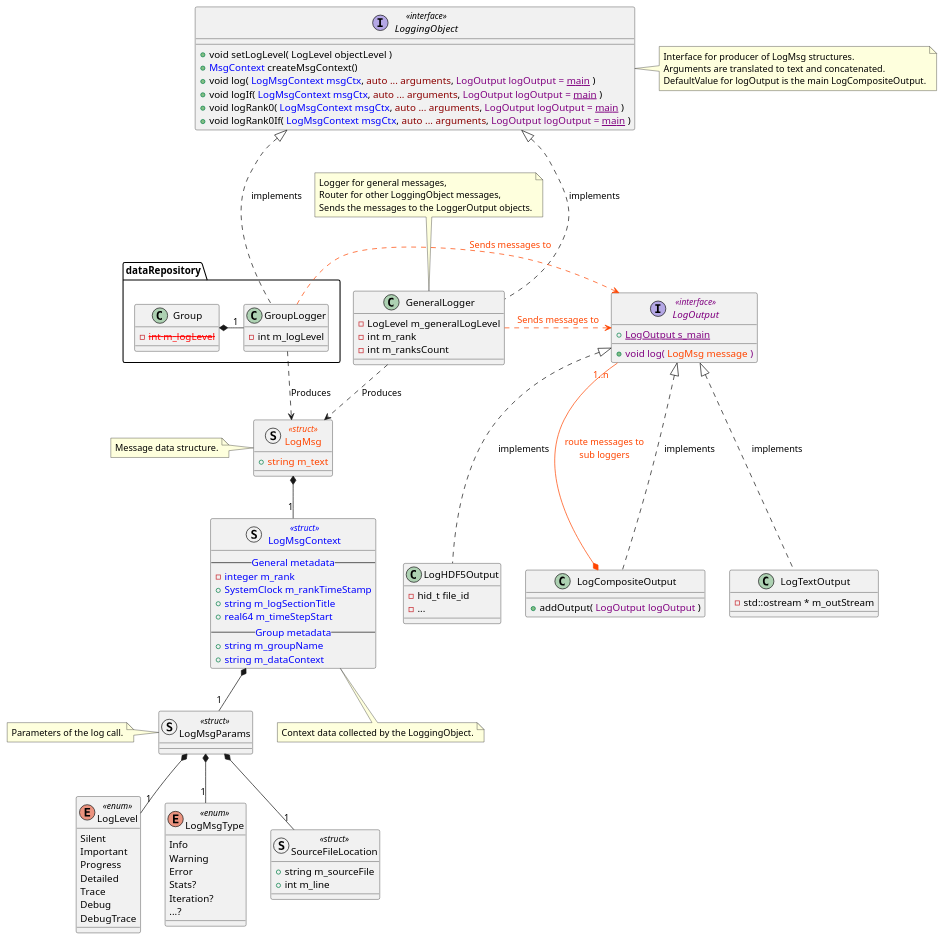
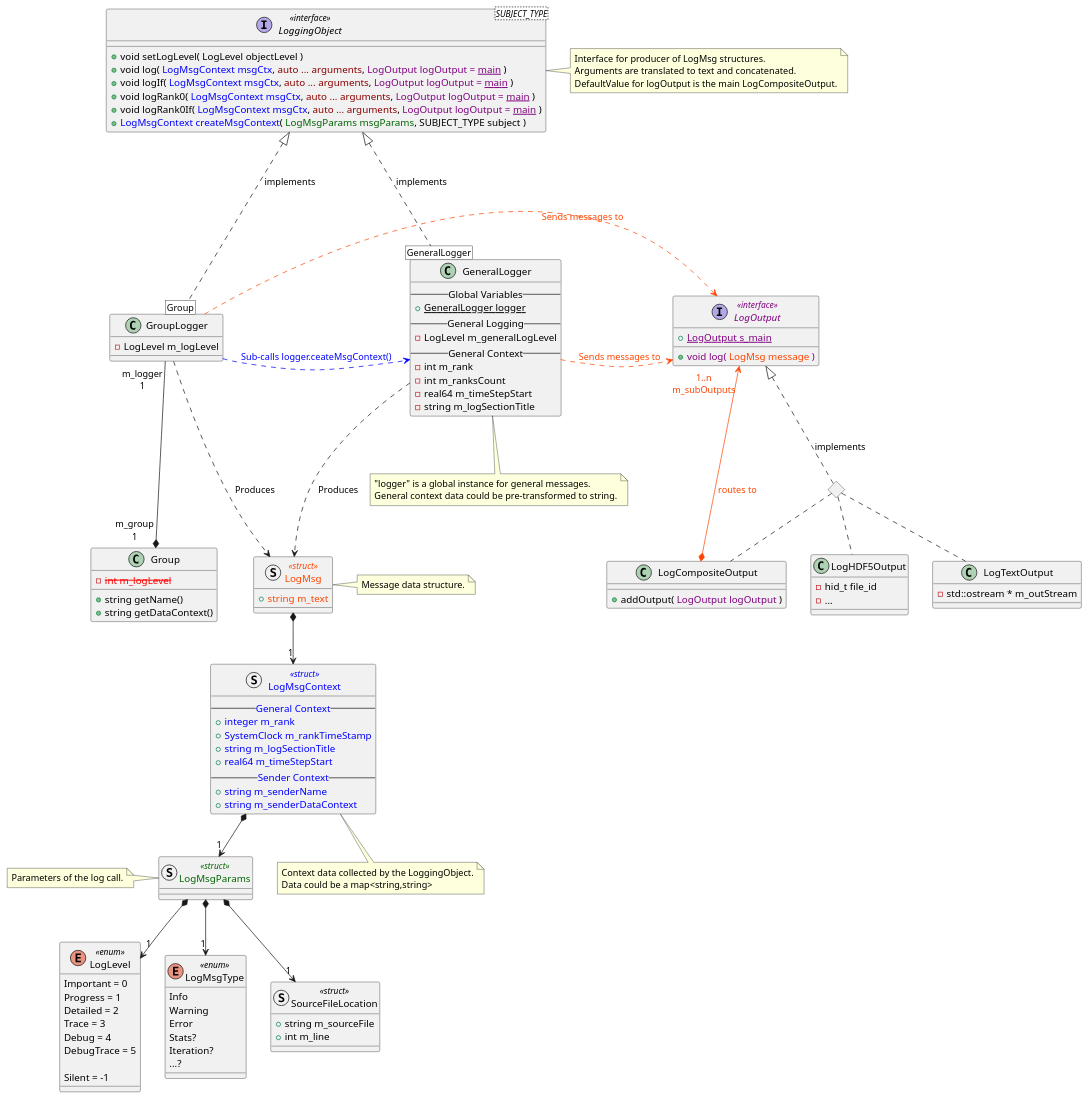
Before and after one commit to GEOS-DEV/GEOS: the diagram in src/coreComponents/common/Logger.plantuml, drawn with PlantUML. The commit also changed 2 other files, not shown here.

Commit message:
temporally fixing architecture misconceptions (joining png diagram for convenience)

```diff
--- a/src/coreComponents/common/Logger.plantuml
+++ b/src/coreComponents/common/Logger.plantuml
@@ -1,129 +1,142 @@
 @startuml Logger Class
 
 set namespaceSeparator ::
 
 
 ' Message Data Structure
 
 
 enum LogLevel <<enum>> {
-  Silent
-  Important
-  Progress
-  Detailed
-  Trace
-  Debug
-  DebugTrace
+  Important = 0
+  Progress = 1
+  Detailed = 2
+  Trace = 3
+  Debug = 4
+  DebugTrace = 5
+
+  Silent = -1
 }
 
 enum LogMsgType <<enum>> {
   Info
   Warning
   Error
   Stats?
   Iteration?
   ...?
 }
 
 struct SourceFileLocation <<struct>> {
   + string m_sourceFile
   + int m_line
 }
 
-struct LogMsgParams <<struct>> {
+struct LogMsgParams <<struct>> #text:DarkGreen {
 }
 note left: Parameters of the log call.
 
 struct LogMsgContext <<struct>> #text:Blue {
-  -- General metadata --
-  - integer m_rank
+  -- General Context --
+  + integer m_rank
   + SystemClock m_rankTimeStamp
   + string m_logSectionTitle
   + real64 m_timeStepStart
-  -- Group metadata --
-  + string m_groupName
-  + string m_dataContext
+  -- Sender Context --
+  + string m_senderName
+  + string m_senderDataContext
 }
-note bottom: Context data collected by the LoggingObject.
+note bottom: Context data collected by the LoggingObject.\nData could be a map<string,string>
 
 struct LogMsg <<struct>> #text:OrangeRed {
   + string m_text
 }
-note left: Message data structure.
+note right: Message data structure.
 
-LogMsgParams *-- "1" SourceFileLocation
-LogMsgParams *-- "1" LogMsgType
-LogMsgParams *-- "1" LogLevel
-LogMsg *-- "1" LogMsgContext
-LogMsgContext *-- "1" LogMsgParams
+LogMsgParams *--> "1" SourceFileLocation
+LogMsgParams *--> "1" LogMsgType
+LogMsgParams *--> "1" LogLevel
+LogMsg *--> "1" LogMsgContext
+LogMsgContext *--> "1" LogMsgParams
 
 
 ' Log outputs
-
 
 interface LogOutput <<interface>> #text:Purple {
   + {static} LogOutput s_main
   + void log( <color:OrangeRed>LogMsg message</color> )
 }
+<> LogOutputImplementations
+LogOutput <|.. LogOutputImplementations : implements
 
 class LogCompositeOutput {
   + addOutput( <color:Purple>LogOutput logOutput</color> )
 }
-LogOutput <|... LogCompositeOutput : implements
-LogCompositeOutput *--- "1..n" LogOutput #OrangeRed;text:OrangeRed : route messages to\nsub loggers
+LogOutputImplementations .. LogCompositeOutput
+LogCompositeOutput *---> "1..n\nm_subOutputs" LogOutput #OrangeRed;text:OrangeRed : routes to
 
 class LogHDF5Output {
   - hid_t file_id
   - ...
 }
-LogOutput <|... LogHDF5Output : implements
+LogOutputImplementations .. LogHDF5Output
 
 class LogTextOutput {
   - std::ostream * m_outStream
 }
-LogOutput <|... LogTextOutput : implements
+LogOutputImplementations .. LogTextOutput
+
+LogTextOutput .l[hidden].. LogHDF5Output
+LogHDF5Output .l[hidden].. LogCompositeOutput
 
 
 ' Message Producers
 
-interface LoggingObject <<interface>> {
+interface LoggingObject<SUBJECT_TYPE> <<interface>> {
   + void setLogLevel( LogLevel objectLevel )
-  + <color:Blue>MsgContext</color> createMsgContext()
   + void log( <color:Blue>LogMsgContext msgCtx</color>, <color:DarkRed>auto ... arguments</color>, <color:Purple>LogOutput logOutput = <u>main</u></color> )
   + void logIf( <color:Blue>LogMsgContext msgCtx</color>, <color:DarkRed>auto ... arguments</color>, <color:Purple>LogOutput logOutput = <u>main</u></color> )
   + void logRank0( <color:Blue>LogMsgContext msgCtx</color>, <color:DarkRed>auto ... arguments</color>, <color:Purple>LogOutput logOutput = <u>main</u></color> )
   + void logRank0If( <color:Blue>LogMsgContext msgCtx</color>, <color:DarkRed>auto ... arguments</color>, <color:Purple>LogOutput logOutput = <u>main</u></color> )
-  }
+  + <color:Blue>LogMsgContext createMsgContext</color>( <color:DarkGreen>LogMsgParams msgParams</color>, SUBJECT_TYPE subject )
+}
 note right: Interface for producer of LogMsg structures.\nArguments are translated to text and concatenated.\nDefaultValue for logOutput is the main LogCompositeOutput.
 
 
 
 class GeneralLogger {
+  -- Global Variables --
+  + {static} GeneralLogger logger
+  -- General Logging --
   - LogLevel m_generalLogLevel
+  -- General Context --
   - int m_rank
   - int m_ranksCount
+  - real64 m_timeStepStart
+  - string m_logSectionTitle
 }
-note top: Logger for general messages,\nRouter for other LoggingObject messages,\nSends the messages to the LoggerOutput objects.
-GeneralLogger ..u.|> LoggingObject : implements
-GeneralLogger .d.> LogMsg : Produces
+note bottom: "logger" is a global instance for general messages.\nGeneral context data could be pre-transformed to string.
+GeneralLogger [GeneralLogger] ..u.|> LoggingObject : implements
+GeneralLogger ..d.> LogMsg : Produces
 GeneralLogger ..r.> LogOutput #OrangeRed;text:OrangeRed : "Sends messages to"
 
 
-package dataRepository {
-  class GroupLogger {
-    - int m_logLevel
-  }
-  class Group {
-    - <color:Red><s>int m_logLevel</s></color>
-  }
-  GroupLogger ..u.|> LoggingObject : implements
-  Group *-r-- "1" GroupLogger
+class GroupLogger {
+  - LogLevel m_logLevel
 }
-dataRepository::GroupLogger ..r.> LogOutput #OrangeRed;text:OrangeRed : "Sends messages to"
-dataRepository::GroupLogger .d.> LogMsg : Produces
+class Group {
+  + string getName()
+  + string getDataContext()
+  - <color:Red><s>int m_logLevel</s></color>
+}
+GroupLogger [Group] .u..|> LoggingObject : implements
+Group "m_group\n1" *-u-- "m_logger\n1" GroupLogger
+
+GroupLogger ..r.> LogOutput #OrangeRed;text:OrangeRed : "Sends messages to"
+GroupLogger ..r.> GeneralLogger #Blue;text:Blue : "Sub-calls logger.ceateMsgContext()"
+GroupLogger ..d.> LogMsg : Produces
 
 
 
 
 
 @enduml
```
